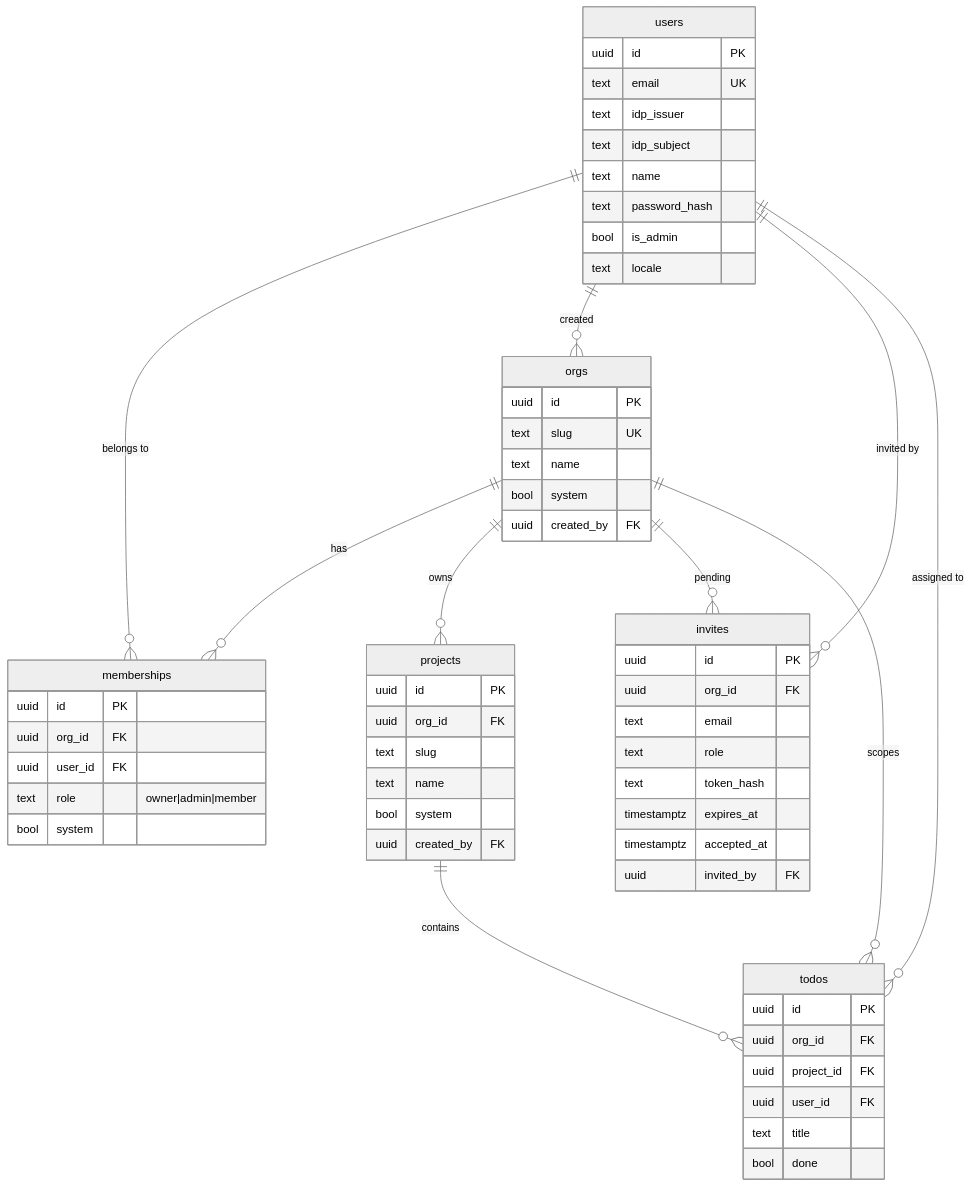
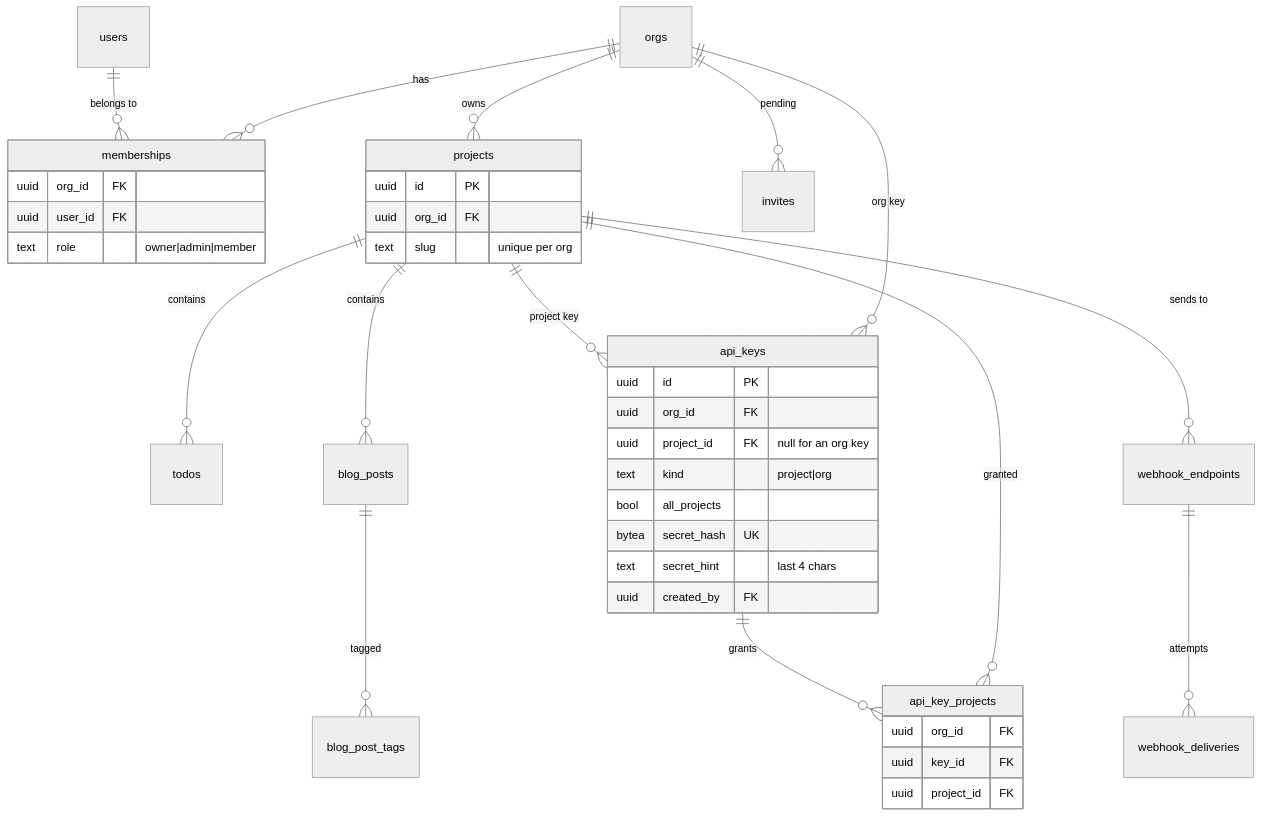
Before and after one commit to altalune-id/template: the diagram in schema/README.md, drawn with Mermaid (neutral theme). The commit also changed other lines of this file and 64 other files, not shown here.

Commit message:
feat: add org-level api keys that only owners and admins manage

````diff
--- a/schema/README.md
+++ b/schema/README.md
@@ -29,63 +36,42 @@
 ```mermaid
 erDiagram
     users ||--o{ memberships : "belongs to"
-    users ||--o{ orgs : "created"
-    users ||--o{ invites : "invited by"
-    users ||--o{ todos : "assigned to"
     orgs ||--o{ memberships : "has"
     orgs ||--o{ projects : "owns"
     orgs ||--o{ invites : "pending"
-    orgs ||--o{ todos : "scopes"
     projects ||--o{ todos : "contains"
+    projects ||--o{ blog_posts : "contains"
+    blog_posts ||--o{ blog_post_tags : "tagged"
+    projects ||--o{ api_keys : "project key"
+    orgs ||--o{ api_keys : "org key"
+    api_keys ||--o{ api_key_projects : "grants"
+    projects ||--o{ api_key_projects : "granted"
+    projects ||--o{ webhook_endpoints : "sends to"
+    webhook_endpoints ||--o{ webhook_deliveries : "attempts"
 
-    users {
-        uuid id PK
-        text email UK
-        text idp_issuer
-        text idp_subject
-        text name
-        text password_hash
-        bool is_admin
-        text locale
-    }
-    orgs {
-        uuid id PK
-        text slug UK
-        text name
-        bool system
-        uuid created_by FK
-    }
     memberships {
-        uuid id PK
         uuid org_id FK
         uuid user_id FK
         text role "owner|admin|member"
-        bool system
     }
     projects {
         uuid id PK
         uuid org_id FK
-        text slug
-        text name
-        bool system
+        text slug "unique per org"
+    }
+    api_keys {
+        uuid id PK
+        uuid org_id FK
+        uuid project_id FK "null for an org key"
+        text kind "project|org"
+        bool all_projects
+        bytea secret_hash UK
+        text secret_hint "last 4 chars"
         uuid created_by FK
     }
-    invites {
-        uuid id PK
+    api_key_projects {
         uuid org_id FK
-        text email
-        text role
-        text token_hash
-        timestamptz expires_at
-        timestamptz accepted_at
-        uuid invited_by FK
-    }
-    todos {
-        uuid id PK
-        uuid org_id FK
+        uuid key_id FK
         uuid project_id FK
-        uuid user_id FK
-        text title
-        bool done
     }
 ```
````
